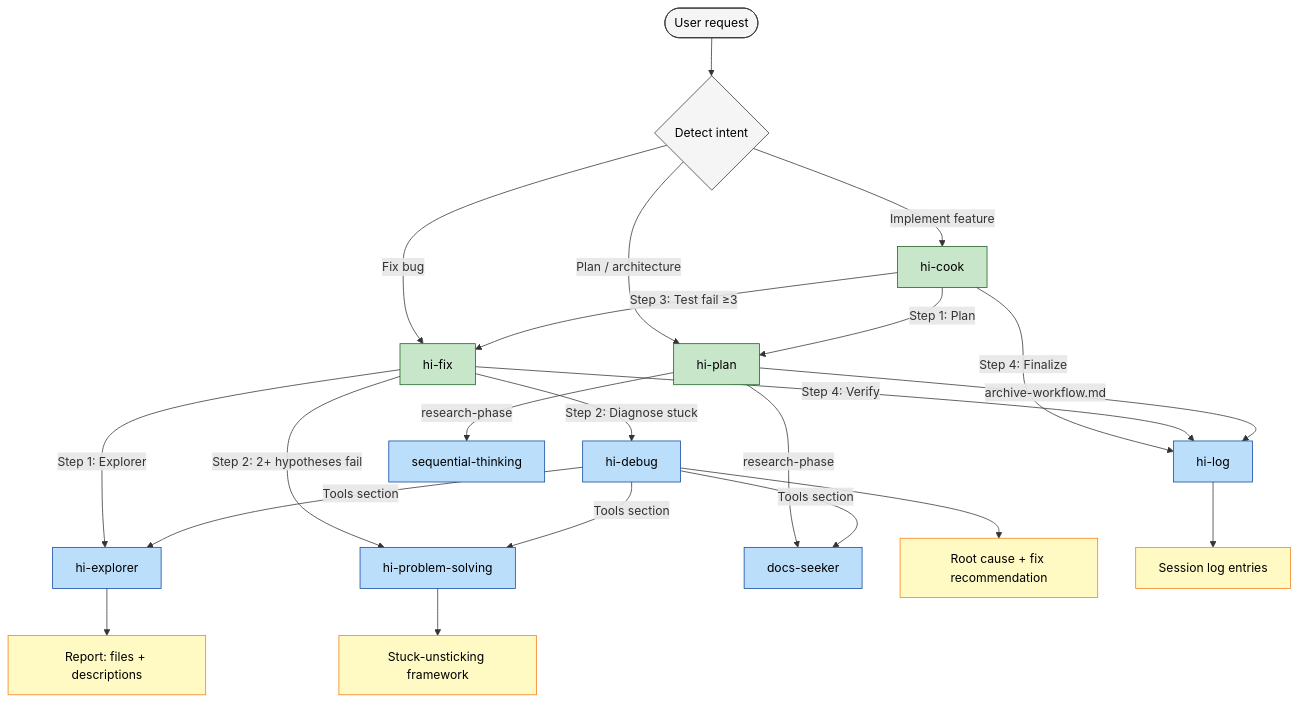
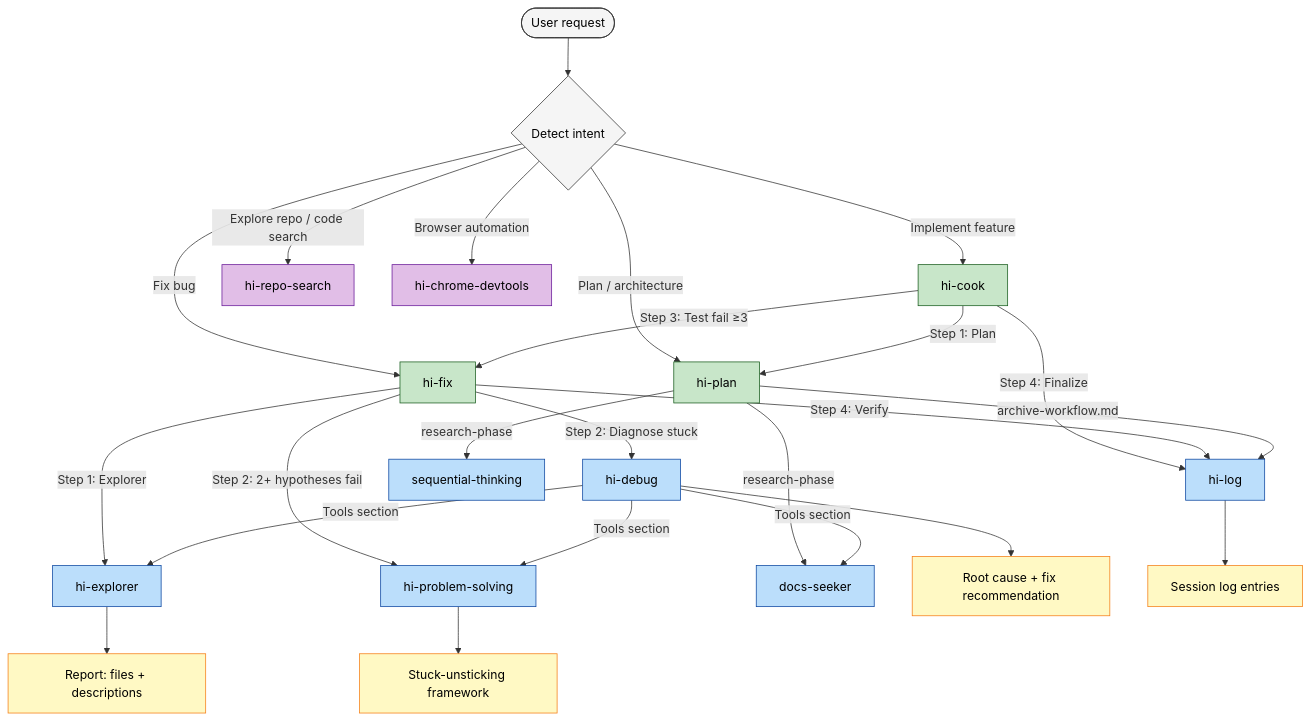
One commit to baka3k/dev-kit changed the seventh of 7 diagrams in devkit.md. Above: the diagram before and after it, drawn with Mermaid. The commit also changed other lines of this file and 2 other files, not shown here.

Commit message:
Update documentation to include new skills `hi-repo-search` and `hi-chrome-devtools` with descriptions and integration details; enhance dependency graph and workflow diagrams accordingly.

````diff
--- a/devkit.md
+++ b/devkit.md
@@ -176,41 +183,45 @@
 ```mermaid
 graph TD
     User([User request]) --> Detect{Detect intent}
 
     Detect -->|Implement feature| Cook[hi-cook]
     Detect -->|Fix bug| Fix[hi-fix]
     Detect -->|Plan / architecture| Plan[hi-plan]
+    Detect -->|Explore repo / code search| RepoSearch[hi-repo-search]
+    Detect -->|Browser automation| Chrome[hi-chrome-devtools]
 
     Cook -->|Step 1: Plan| Plan
     Cook -->|Step 3: Test fail ≥3| Fix
     Cook -->|Step 4: Finalize| Log[hi-log]
 
     Fix -->|Step 1: Explorer| explorer[hi-explorer]
     Fix -->|Step 2: Diagnose stuck| Debug[hi-debug]
     Fix -->|Step 2: 2+ hypotheses fail| PS[hi-problem-solving]
     Fix -->|Step 4: Verify| Log
 
     Plan -->|research-phase| ST[sequential-thinking]
     Plan -->|research-phase| Docs[docs-seeker]
     Plan -->|archive-workflow.md| Log
 
     Debug -->|Tools section| explorer
     Debug -->|Tools section| Docs
     Debug -->|Tools section| PS
 
     explorer --> Output[Report: files + descriptions]
     Debug --> Output2[Root cause + fix recommendation]
     PS --> Output3[Stuck-unsticking framework]
     Log --> Output4[Session log entries]
 
     classDef primary fill:#c8e6c9,stroke:#1b5e20,color:#000
+    classDef tool fill:#e1bee7,stroke:#6a1b9a,color:#000
     classDef linked fill:#bbdefb,stroke:#0d47a1,color:#000
     classDef leaf fill:#fff9c4,stroke:#f57f17,color:#000
     classDef endnode fill:#f5f5f5,stroke:#333,color:#000
 
     class Cook,Fix,Plan primary
+    class RepoSearch,Chrome tool
     class explorer,Debug,Log,ST,Docs,PS linked
     class Output,Output2,Output3,Output4 leaf
     class User,Detect endnode
 
 ```
````
